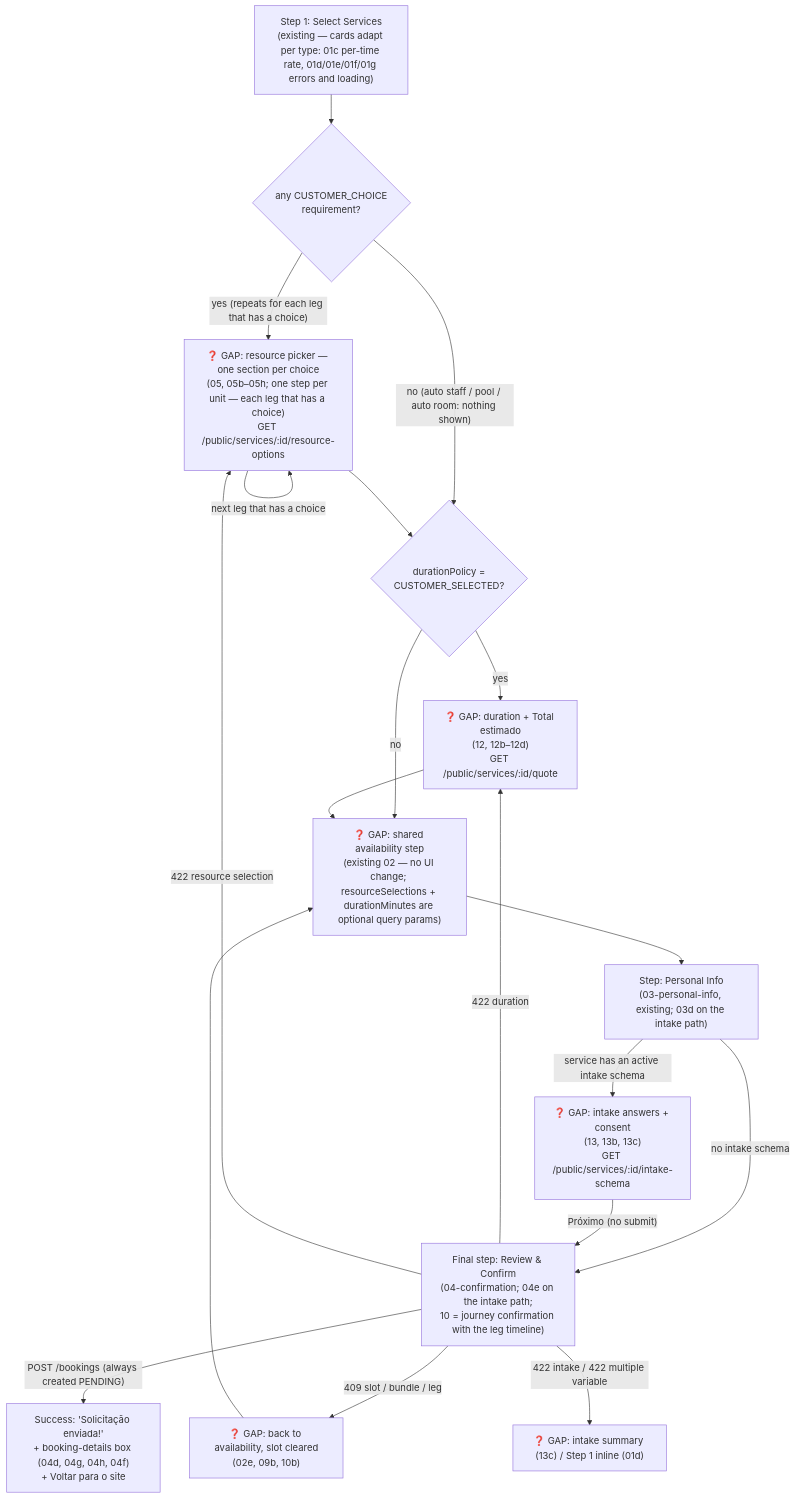
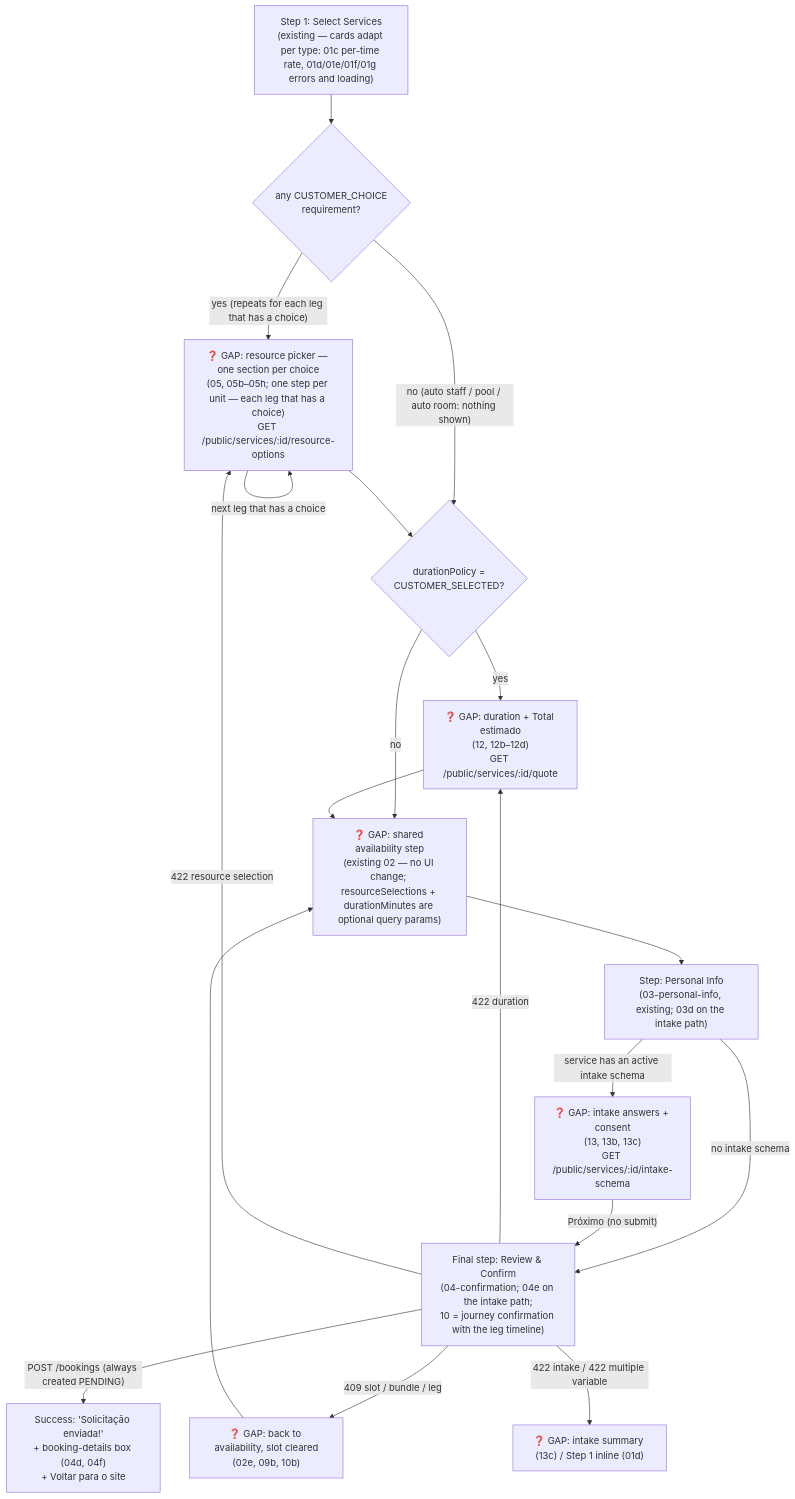
One commit to lmmoreira/ikaro changed the second of 2 diagrams in plan/journey/guest/book-a-service.md. Above: the diagram before and after it, drawn with Mermaid. The commit also changed other lines of this file and 12 other files, not shown here.

````diff
--- a/plan/journey/guest/book-a-service.md
+++ b/plan/journey/guest/book-a-service.md
@@ -59,24 +59,24 @@
 ```mermaid
 flowchart TD
     classDef gap stroke:#f00,stroke-dasharray: 5 5,fill:#fee
 
     S1b["Step 1: Select Services<br/>(existing — cards adapt per type: 01c per-time rate, 01d/01e/01f/01g errors and loading)"] --> HasChoice{"any CUSTOMER_CHOICE<br/>requirement?"}
     HasChoice -- "yes (repeats for each leg that has a choice)" --> Picker["❓ GAP: resource picker — one section per choice<br/>(05, 05b–05h; one step per unit — each leg that has a choice)<br/>GET /public/services/:id/resource-options"]
     HasChoice -- "no (auto staff / pool / auto room: nothing shown)" --> HasDuration
     Picker -->|"next leg that has a choice"| Picker
     Picker --> HasDuration{"durationPolicy =<br/>CUSTOMER_SELECTED?"}
     HasDuration -- "yes" --> Duration["❓ GAP: duration + Total estimado<br/>(12, 12b–12d)<br/>GET /public/services/:id/quote"]
     HasDuration -- "no" --> Availability
     Duration --> Availability["❓ GAP: shared availability step<br/>(existing 02 — no UI change; resourceSelections + durationMinutes are optional query params)"]
 
     Availability --> S3m["Step: Personal Info<br/>(03-personal-info, existing; 03d on the intake path)"]
     S3m -->|"service has an active intake schema"| Intake["❓ GAP: intake answers + consent<br/>(13, 13b, 13c)<br/>GET /public/services/:id/intake-schema"]
     S3m -->|"no intake schema"| Confirm
     Intake -->|"Próximo (no submit)"| Confirm["Final step: Review & Confirm<br/>(04-confirmation; 04e on the intake path;<br/>10 = journey confirmation with the leg timeline)"]
-    Confirm -->|"POST /bookings (always created PENDING)"| Done["Success: 'Solicitação enviada!'<br/>+ booking-details box (04d, 04g, 04h, 04f)<br/>+ Voltar para o site"]
+    Confirm -->|"POST /bookings (always created PENDING)"| Done["Success: 'Solicitação enviada!'<br/>+ booking-details box (04d, 04f)<br/>+ Voltar para o site"]
     Confirm -->|"409 slot / bundle / leg"| BackAvail["❓ GAP: back to availability, slot cleared<br/>(02e, 09b, 10b)"]
     Confirm -->|"422 duration"| Duration
     Confirm -->|"422 resource selection"| Picker
     Confirm -->|"422 intake / 422 multiple variable"| Errors["❓ GAP: intake summary (13c) / Step 1 inline (01d)"]
     BackAvail --> Availability
 ```
````
